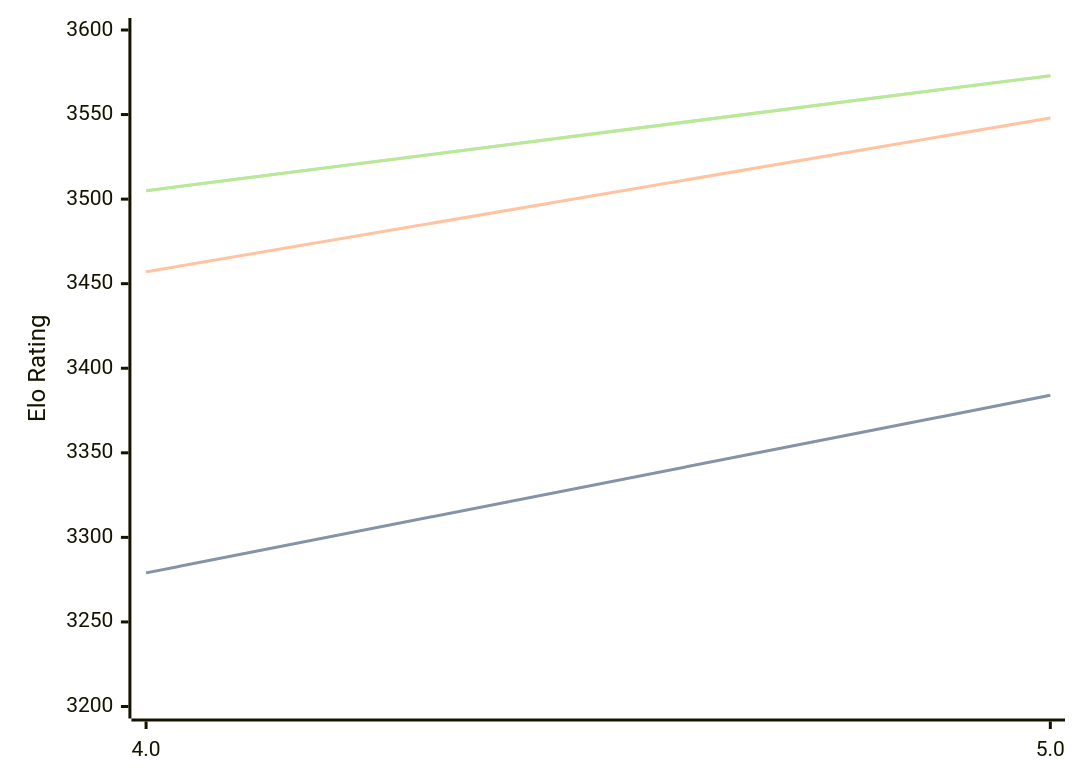
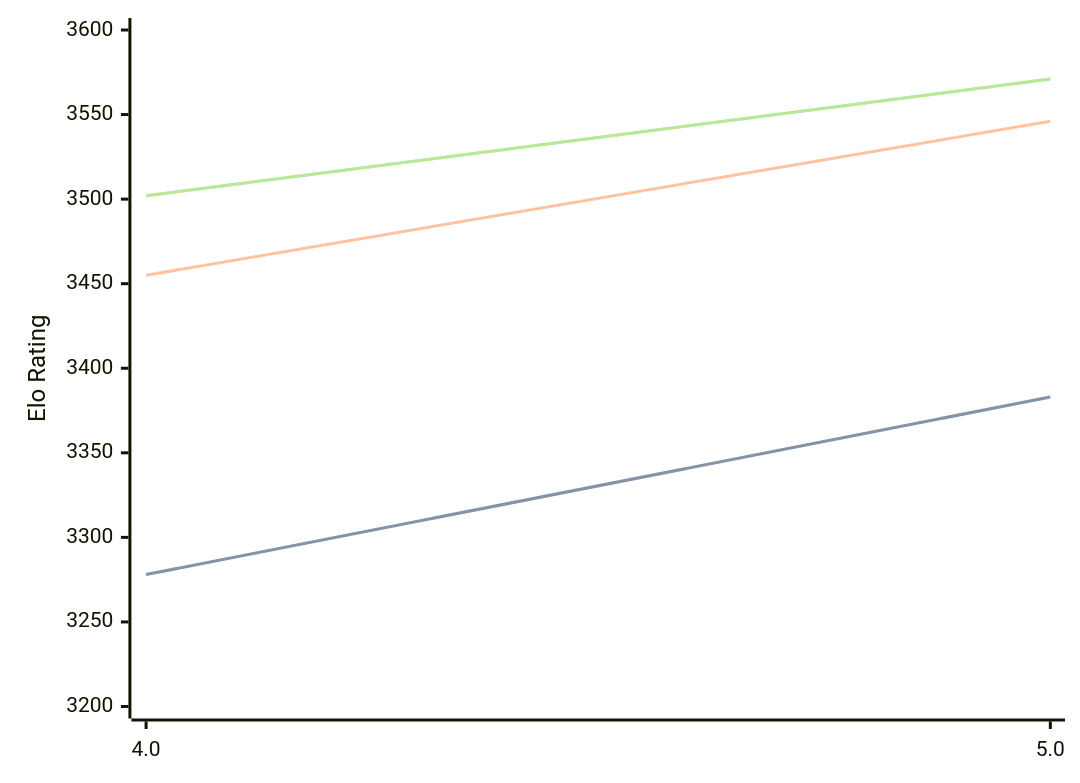
The diagram in engines/Tarnished.md (computer-chess-index/cci), drawn with Mermaid before and after one commit. The commit also changed other lines of this file, not shown here.

Commit message:
Update CCI Ratings (ELO VLTC) - 2026-03-31

````diff
--- a/engines/Tarnished.md
+++ b/engines/Tarnished.md
@@ -36,11 +36,11 @@
 ```mermaid
 %%{init: {"theme":"base","themeVariables":{"seriesColors:['#a3a3a3','#222221','#faa371']}}}%%
 xychart-beta
   x-axis ["4.0", "5.0"]
   y-axis "Elo Rating" 3200 --> 3600
-  line "STC (8.0+0.08s)" [3279, 3384]
-  line "STC (8.0+0.08s)" [3279, 3384]
-  line "LTC (60.0+0.60s)" [3457, 3548]
-  line "VLTC (2m24s+1.12s)" [3505, 3573]
-  line "VLTC (2m24s+1.12s)" [3505, 3573]
+  line "STC (8.0+0.08s)" [3278, 3383]
+  line "STC (8.0+0.08s)" [3278, 3383]
+  line "LTC (60.0+0.60s)" [3455, 3546]
+  line "VLTC (2m24s+1.12s)" [3502, 3571]
+  line "VLTC (2m24s+1.12s)" [3502, 3571]
 ```
````
